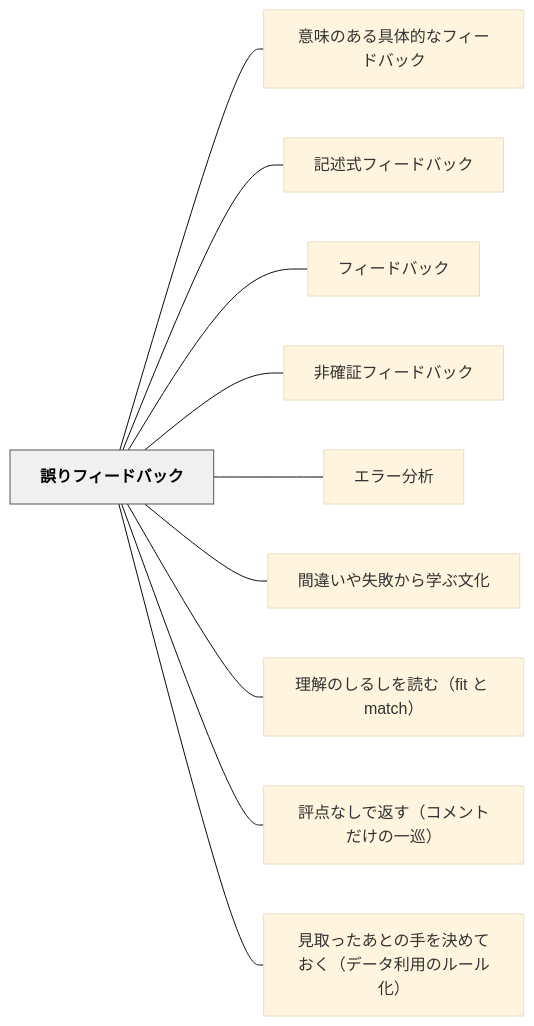
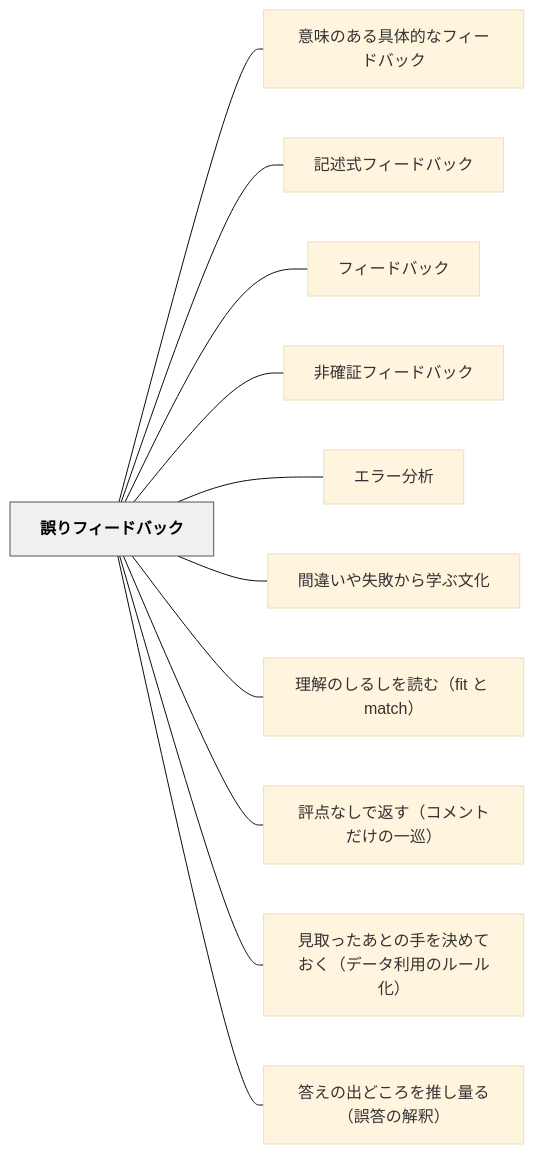
Before and after one commit to unknownthings-ed-patterns/unknownthings-ed-patterns: the diagram in content/パタン/誤りフィードバック.md, drawn with Mermaid (base theme). The commit also changed other lines of this file and 84 other files, not shown here.

````diff
--- a/content/パタン/誤りフィードバック.md
+++ b/content/パタン/誤りフィードバック.md
@@ -63,26 +65,28 @@
 ```mermaid
 flowchart LR
     ne8aaa4e3828ae38395e382a3e383bce38389e38390e38383e382af["誤りフィードバック"]
     ne6848fe591b3e381aee38182e3828be585b7e4bd93e79a84e381aae38395e382a3e383bce38389e38390e38383e382af["意味のある具体的なフィードバック"]
     ne8a898e8bfb0e5bc8fe38395e382a3e383bce38389e38390e38383e382af["記述式フィードバック"]
     ne38395e382a3e383bce38389e38390e38383e382af["フィードバック"]
     ne99d9ee7a2bae8a8bce38395e382a3e383bce38389e38390e38383e382af["非確証フィードバック"]
     ne382a8e383a9e383bce58886e69e90["エラー分析"]
     ne99693e98195e38184e38284e5a4b1e69597e3818be38289e5ada6e381b6e69687e58c96["間違いや失敗から学ぶ文化"]
     ne79086e8a7a3e381aee38197e3828be38197e38292e8aaade38280efbc8866697420e381a8206d61746368efbc89["理解のしるしを読む（fit と match）"]
     ne8a995e782b9e381aae38197e381a7e8bf94e38199efbc88e382b3e383a1e383b3e38388e381a0e38191e381aee4b880e5b7a1efbc89["評点なしで返す（コメントだけの一巡）"]
     ne8a68be58f96e381a3e3819fe38182e381a8e381aee6898be38292e6b1bae38281e381a6e3818ae3818fefbc88e38387e383bce382bfe588a9e794a8e381aee383abe383bce383abe58c96efbc89["見取ったあとの手を決めておく（データ利用のルール化）"]
+    ne7ad94e38188e381aee587bae381a9e38193e3828de38292e68ea8e38197e9878fe3828befbc88e8aaa4e7ad94e381aee8a7a3e98788efbc89["答えの出どころを推し量る（誤答の解釈）"]
 
     ne8aaa4e3828ae38395e382a3e383bce38389e38390e38383e382af --- ne6848fe591b3e381aee38182e3828be585b7e4bd93e79a84e381aae38395e382a3e383bce38389e38390e38383e382af
     ne8aaa4e3828ae38395e382a3e383bce38389e38390e38383e382af --- ne8a898e8bfb0e5bc8fe38395e382a3e383bce38389e38390e38383e382af
     ne8aaa4e3828ae38395e382a3e383bce38389e38390e38383e382af --- ne38395e382a3e383bce38389e38390e38383e382af
     ne8aaa4e3828ae38395e382a3e383bce38389e38390e38383e382af --- ne99d9ee7a2bae8a8bce38395e382a3e383bce38389e38390e38383e382af
     ne8aaa4e3828ae38395e382a3e383bce38389e38390e38383e382af --- ne382a8e383a9e383bce58886e69e90
     ne8aaa4e3828ae38395e382a3e383bce38389e38390e38383e382af --- ne99693e98195e38184e38284e5a4b1e69597e3818be38289e5ada6e381b6e69687e58c96
     ne8aaa4e3828ae38395e382a3e383bce38389e38390e38383e382af --- ne79086e8a7a3e381aee38197e3828be38197e38292e8aaade38280efbc8866697420e381a8206d61746368efbc89
     ne8aaa4e3828ae38395e382a3e383bce38389e38390e38383e382af --- ne8a995e782b9e381aae38197e381a7e8bf94e38199efbc88e382b3e383a1e383b3e38388e381a0e38191e381aee4b880e5b7a1efbc89
     ne8aaa4e3828ae38395e382a3e383bce38389e38390e38383e382af --- ne8a68be58f96e381a3e3819fe38182e381a8e381aee6898be38292e6b1bae38281e381a6e3818ae3818fefbc88e38387e383bce382bfe588a9e794a8e381aee383abe383bce383abe58c96efbc89
+    ne8aaa4e3828ae38395e382a3e383bce38389e38390e38383e382af --- ne7ad94e38188e381aee587bae381a9e38193e3828de38292e68ea8e38197e9878fe3828befbc88e8aaa4e7ad94e381aee8a7a3e98788efbc89
 
     classDef hub fill:#f0f0f0,stroke:#555,color:#000,font-weight:bold
     class ne8aaa4e3828ae38395e382a3e383bce38389e38390e38383e382af hub
 ```
````
